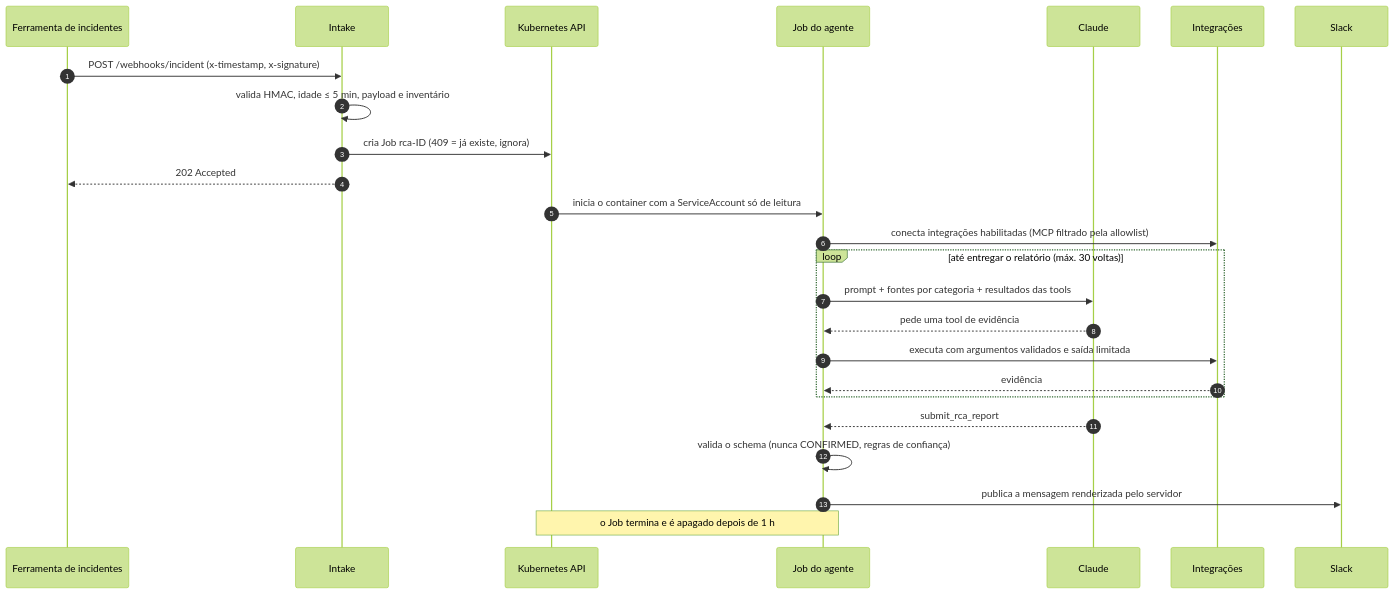
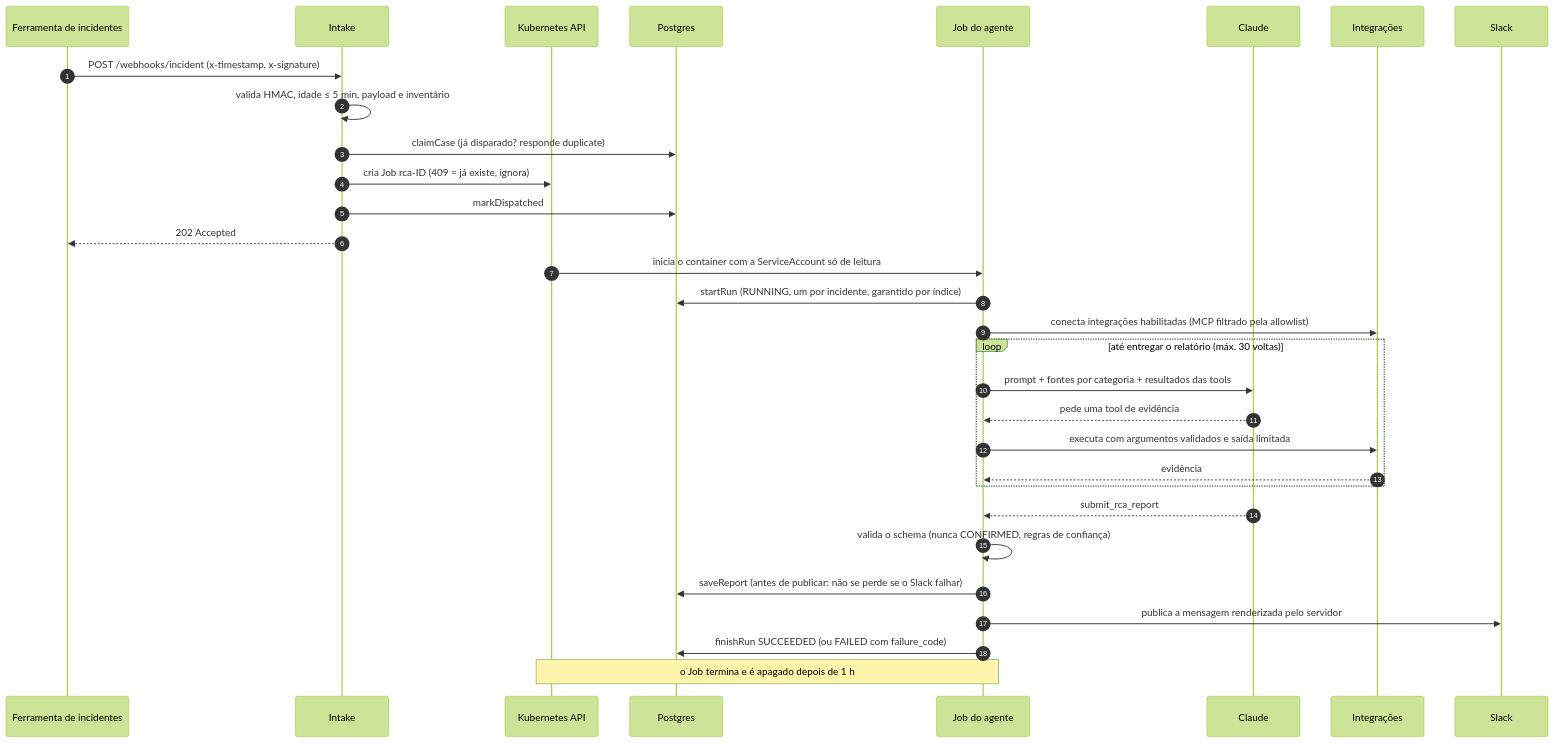
One commit to thallesdaniell/sre-agent changed the second of 3 diagrams in README.md. Above: the diagram before and after it, drawn with Mermaid (forest theme). The commit also changed other lines of this file and 30 other files, not shown here.

````diff
--- a/README.md
+++ b/README.md
@@ -38,28 +42,34 @@
 ```mermaid
 sequenceDiagram
     autonumber
     participant F as Ferramenta de incidentes
     participant I as Intake
     participant K as Kubernetes API
+    participant D as Postgres
     participant J as Job do agente
     participant C as Claude
     participant T as Integrações
     participant S as Slack
 
     F->>I: POST /webhooks/incident (x-timestamp, x-signature)
     I->>I: valida HMAC, idade ≤ 5 min, payload e inventário
+    I->>D: claimCase (já disparado? responde duplicate)
     I->>K: cria Job rca-ID (409 = já existe, ignora)
+    I->>D: markDispatched
     I-->>F: 202 Accepted
     K->>J: inicia o container com a ServiceAccount só de leitura
+    J->>D: startRun (RUNNING, um por incidente, garantido por índice)
     J->>T: conecta integrações habilitadas (MCP filtrado pela allowlist)
     loop até entregar o relatório (máx. 30 voltas)
         J->>C: prompt + fontes por categoria + resultados das tools
         C-->>J: pede uma tool de evidência
         J->>T: executa com argumentos validados e saída limitada
         T-->>J: evidência
     end
     C-->>J: submit_rca_report
     J->>J: valida o schema (nunca CONFIRMED, regras de confiança)
+    J->>D: saveReport (antes de publicar: não se perde se o Slack falhar)
     J->>S: publica a mensagem renderizada pelo servidor
+    J->>D: finishRun SUCCEEDED (ou FAILED com failure_code)
     Note over K,J: o Job termina e é apagado depois de 1 h
 ```
````
